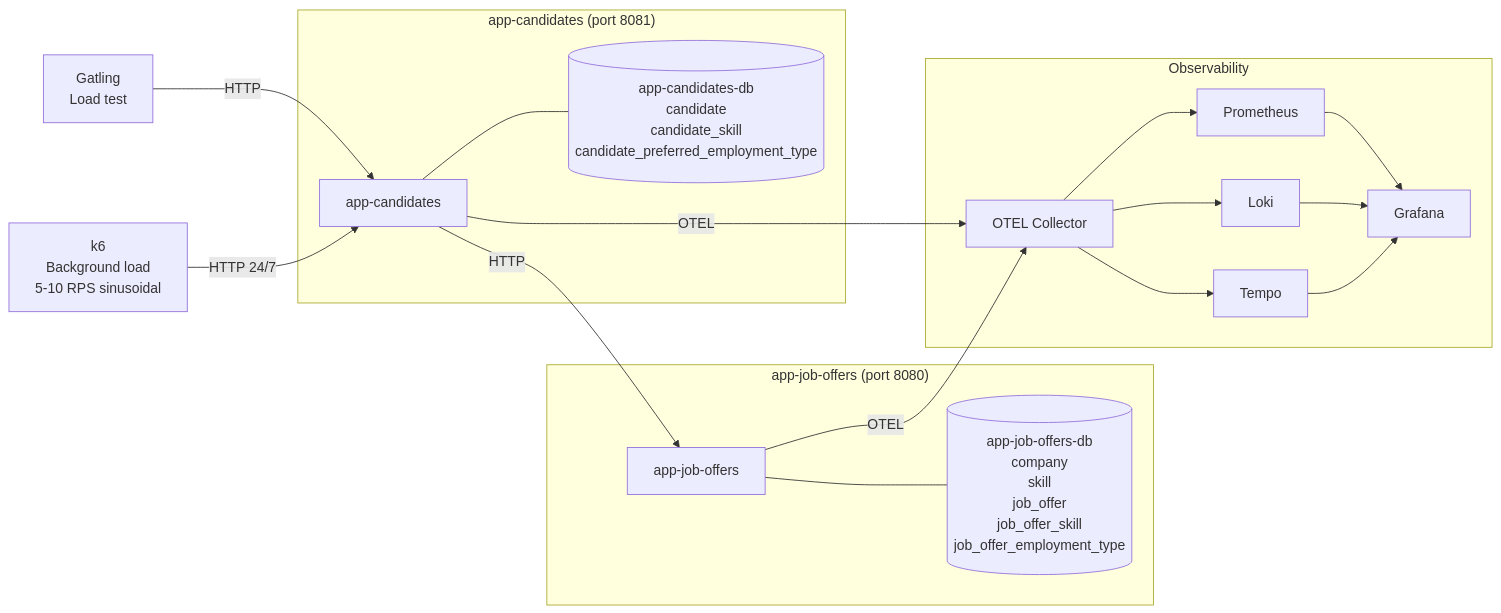
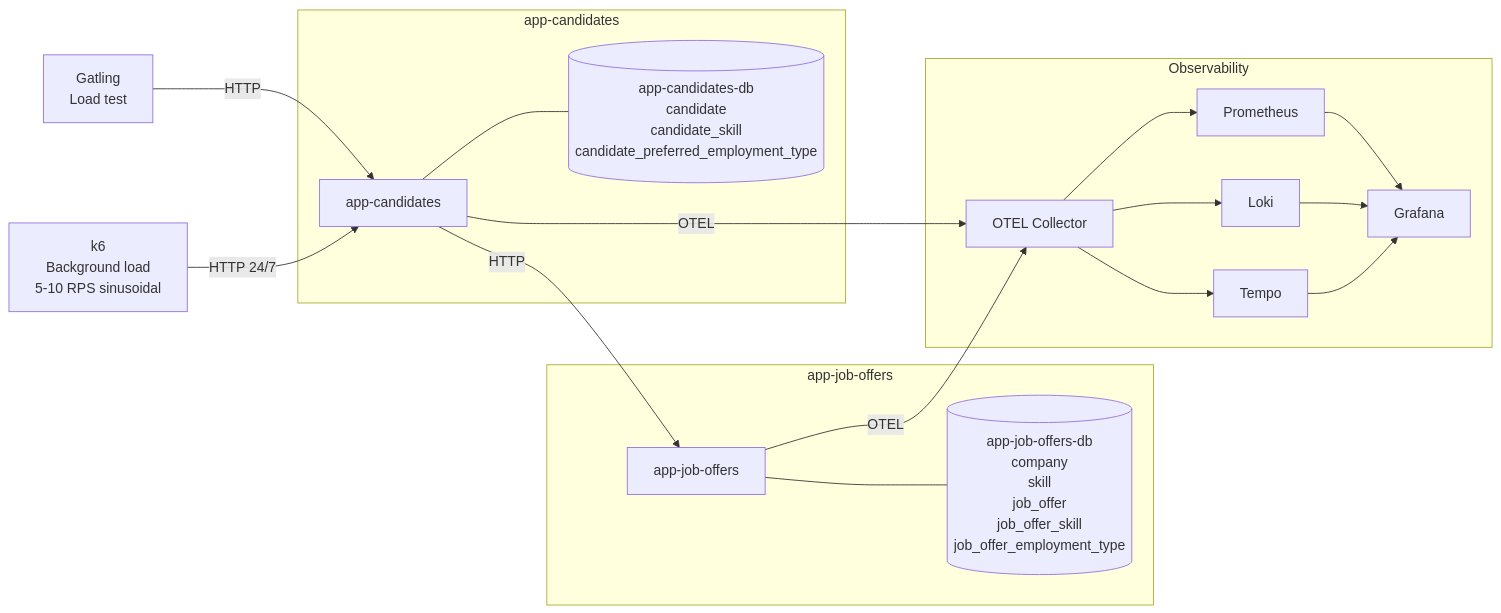
The diagram in README.md (aarczynski/javamicroservicesdemo), drawn with Mermaid before and after one commit. The commit also changed other lines of this file and 8 other files, not shown here.

````diff
--- a/README.md
+++ b/README.md
@@ -17,37 +26,37 @@
 ```mermaid
 flowchart LR
     gatling["Gatling\nLoad test"]
     k6["k6\nBackground load\n5-10 RPS sinusoidal"]
 
-    subgraph candidates_svc["app-candidates (port 8081)"]
+    subgraph candidates_svc["app-candidates"]
         candidates["app-candidates"]
         candidatesdb[("app-candidates-db\ncandidate\ncandidate_skill\ncandidate_preferred_employment_type")]
     end
 
-    subgraph joboffers_svc["app-job-offers (port 8080)"]
+    subgraph joboffers_svc["app-job-offers"]
         joboffers["app-job-offers"]
         joboffersdb[("app-job-offers-db\ncompany\nskill\njob_offer\njob_offer_skill\njob_offer_employment_type")]
     end
 
     subgraph observability["Observability"]
         otel["OTEL Collector"]
         prometheus["Prometheus"]
         loki["Loki"]
         tempo["Tempo"]
         grafana["Grafana"]
     end
 
     gatling -->|HTTP| candidates
     k6 -->|HTTP 24/7| candidates
     candidates -->|HTTP| joboffers
     candidates --- candidatesdb
     joboffers --- joboffersdb
     candidates -->|OTEL| otel
     joboffers -->|OTEL| otel
     otel --> prometheus
     otel --> loki
     otel --> tempo
     prometheus --> grafana
     loki --> grafana
     tempo --> grafana
 ```
````
